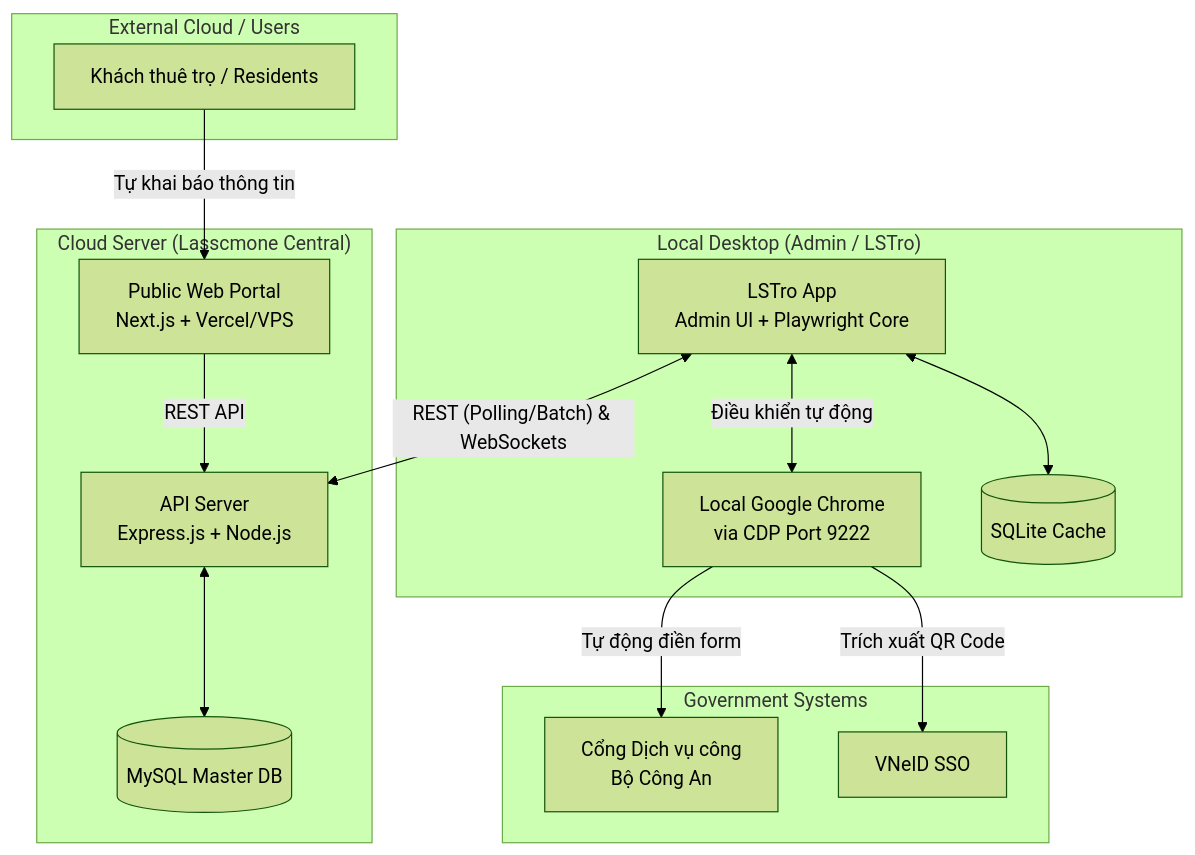
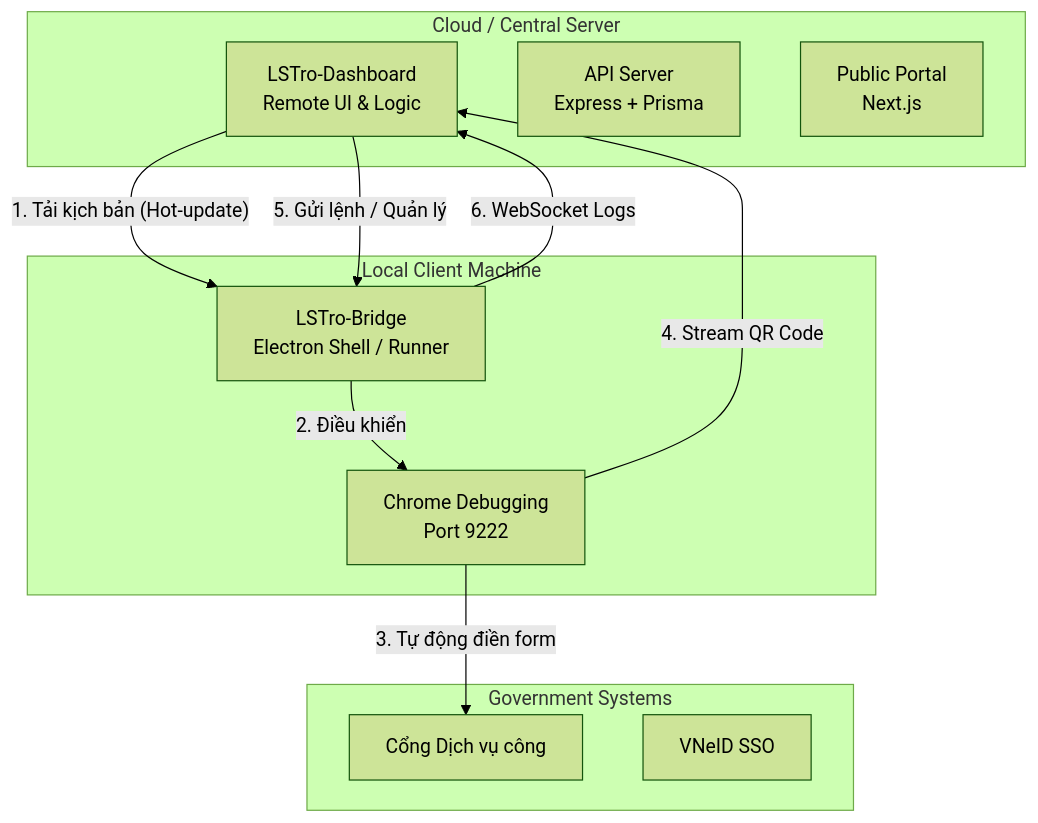
The diagram in README.md (Danchoimod/readme), drawn with Mermaid (forest theme) before and after one commit. The commit also changed other lines of this file, not shown here.

````diff
--- a/README.md
+++ b/README.md
@@ -11,37 +11,26 @@
 ```mermaid
 graph TD
-    subgraph "External Cloud / Users"
-        USER[Khách thuê trọ / Residents]
+    subgraph "Cloud / Central Server"
+        DASHBOARD[LSTro-Dashboard<br/>Remote UI & Logic]
+        BACKEND[API Server<br/>Express + Prisma]
+        FRONTEND[Public Portal<br/>Next.js]
     end
 
-    subgraph "Cloud Server (Lasscmone Central)"
-        FRONTEND[Public Web Portal<br/>Next.js + Vercel/VPS]
-        BACKEND[API Server<br/>Express.js + Node.js]
-        DB[(MySQL Master DB)]
-    end
-
-    subgraph "Local Desktop (Admin / LSTro)"
-        AGENT[LSTro App<br/>Admin UI + Playwright Core]
-        CHROME[Local Google Chrome<br/>via CDP Port 9222]
-        LOCAL_DB[(SQLite Cache)]
+    subgraph "Local Client Machine"
+        BRIDGE[LSTro-Bridge<br/>Electron Shell / Runner]
+        CHROME[Chrome Debugging<br/>Port 9222]
     end
 
     subgraph "Government Systems"
-        GOV[Cổng Dịch vụ công<br/>Bộ Công An]
-        SSO[VNeID SSO]
+        GOV[Cổng Dịch vụ công]
+        VNEID[VNeID SSO]
     end
 
-    %% Data Flow
-    USER -- "Tự khai báo thông tin" --> FRONTEND
-    FRONTEND -- "REST API" --> BACKEND
-    BACKEND <--> DB
-    
-    %% Agent interactions
-    AGENT -- "REST (Polling/Batch) & WebSockets" <--> BACKEND
-    AGENT <--> LOCAL_DB
-    AGENT -- "Điều khiển tự động" <--> CHROME
-    
-    %% Chrome automations
-    CHROME -- "Tự động điền form" --> GOV
-    CHROME -- "Trích xuất QR Code" --> SSO
+    %% Workflow
+    DASHBOARD -- "1. Tải kịch bản (Hot-update)" --> BRIDGE
+    BRIDGE -- "2. Điều khiển" --> CHROME
+    CHROME -- "3. Tự động điền form" --> GOV
+    CHROME -- "4. Stream QR Code" --> DASHBOARD
+    DASHBOARD -- "5. Gửi lệnh / Quản lý" --> BRIDGE
+    BRIDGE -- "6. WebSocket Logs" --> DASHBOARD
 ```
````
